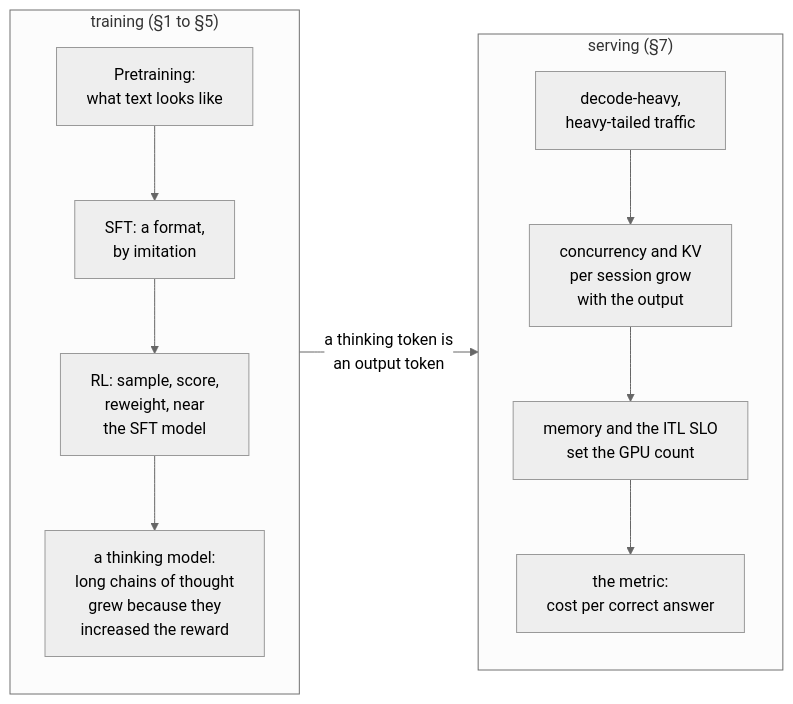
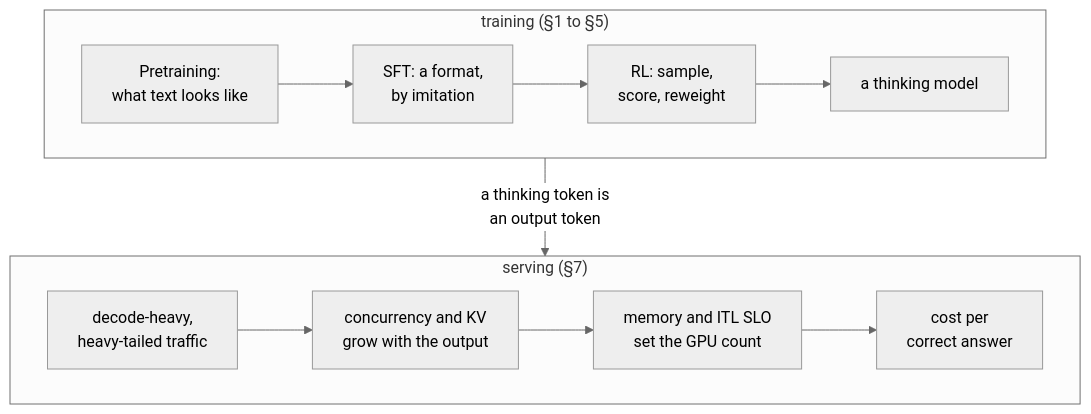
The first of 3 diagrams in 00-foundations/rl-and-thinking-models/PRIMER.md (aniryou/full-stack-agentic-engineer), drawn with Mermaid (neutral theme) before and after one commit. The commit also changed other lines of this file and 633 other files, not shown here.

First line of the commit message:
Accessible language and one-screen figures, part 1: every figure fits a screen, the STE second pass over the layers (#53)

````diff
--- a/00-foundations/rl-and-thinking-models/PRIMER.md
+++ b/00-foundations/rl-and-thinking-models/PRIMER.md
@@ -59,16 +59,16 @@
 ```mermaid
-flowchart LR
+flowchart TB
   subgraph train ["training (§1 to §5)"]
-    direction TB
+    direction LR
     P["Pretraining:<br/>what text looks like"] --> S["SFT: a format,<br/>by imitation"]
-    S --> R["RL: sample, score,<br/>reweight, near<br/>the SFT model"]
-    R --> T["a thinking model:<br/>long chains of thought<br/>grew because they<br/>increased the reward"]
+    S --> R["RL: sample,<br/>score, reweight"]
+    R --> T["a thinking model"]
   end
   subgraph serve ["serving (§7)"]
-    direction TB
-    D["decode-heavy,<br/>heavy-tailed traffic"] --> C["concurrency and KV<br/>per session grow<br/>with the output"]
-    C --> G["memory and the ITL SLO<br/>set the GPU count"]
-    G --> M["the metric:<br/>cost per correct answer"]
+    direction LR
+    D["decode-heavy,<br/>heavy-tailed traffic"] --> C["concurrency and KV<br/>grow with the output"]
+    C --> G["memory and ITL SLO<br/>set the GPU count"]
+    G --> M["cost per<br/>correct answer"]
   end
   train -->|"a thinking token is<br/>an output token"| serve
 ```
````
